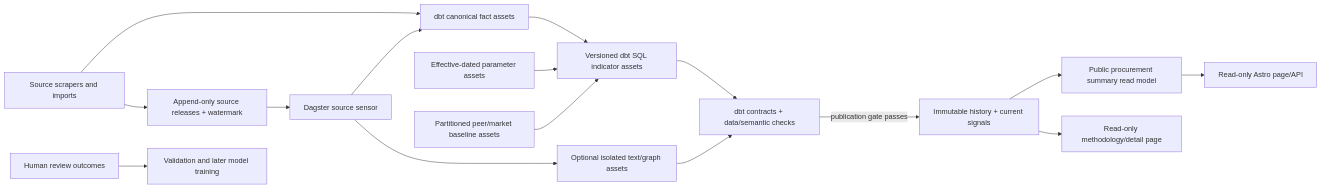
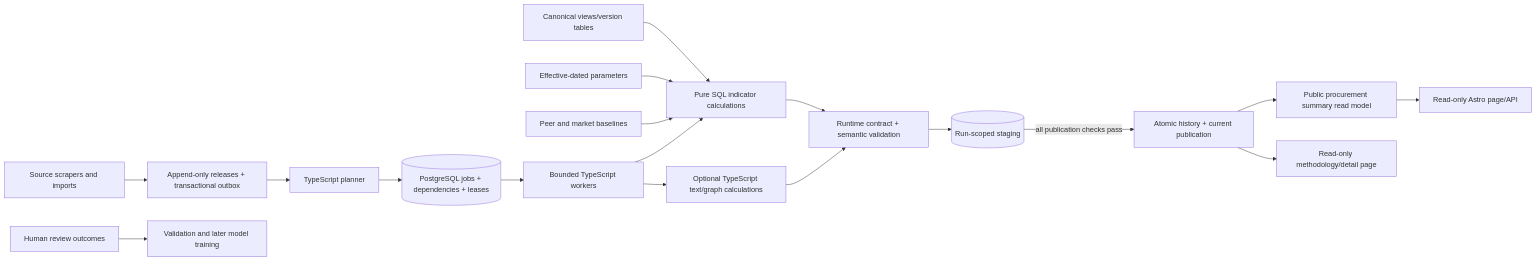
One commit to Viespirkiu-grupe/viespirkiai changed the diagram in docs/risky-procurements-initial-design.md. Above: the diagram before and after it, drawn with Mermaid. The commit also changed other lines of this file and 1 other file, not shown here.

````diff
--- a/docs/risky-procurements-initial-design.md
+++ b/docs/risky-procurements-initial-design.md
@@ -260,18 +262,20 @@
 ```mermaid
 flowchart LR
-    S[Source scrapers and imports] --> C[dbt canonical fact assets]
-    S --> H[Append-only source releases + watermark]
-    H --> O[Dagster source sensor]
-    O --> C
-    C --> I[Versioned dbt SQL indicator assets]
-    P[Effective-dated parameter assets] --> I
-    B[Partitioned peer/market baseline assets] --> I
-    O --> X[Optional isolated text/graph assets]
-    I --> V[dbt contracts + data/semantic checks]
+    S[Source scrapers and imports] --> H[Append-only releases + transactional outbox]
+    H --> P[TypeScript planner]
+    P --> J[(PostgreSQL jobs + dependencies + leases)]
+    J --> W[Bounded TypeScript workers]
+    C[Canonical views/version tables] --> I[Pure SQL indicator calculations]
+    PARAM[Effective-dated parameters] --> I
+    B[Peer and market baselines] --> I
+    W --> I
+    W --> X[Optional TypeScript text/graph calculations]
+    I --> V[Runtime contract + semantic validation]
     X --> V
-    V -->|publication gate passes| R[Immutable history + current signals]
+    V --> T[(Run-scoped staging)]
+    T -->|all publication checks pass| R[Atomic history + current publication]
     R --> M[Public procurement summary read model]
     M --> A[Read-only Astro page/API]
     R --> D[Read-only methodology/detail page]
-    U[Human review outcomes] --> E[Validation and later model training]
+    U[Human review outcomes] --> FB[Validation and later model training]
 ```
````
